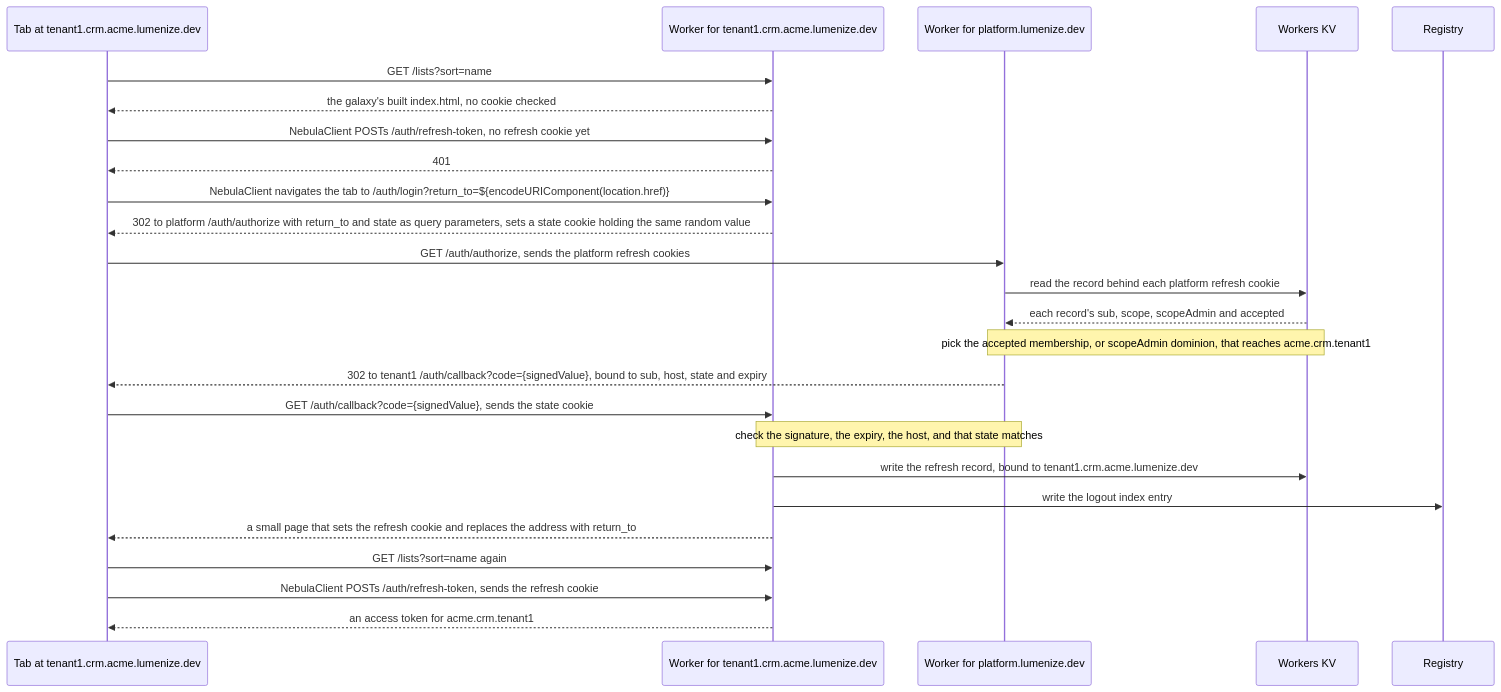
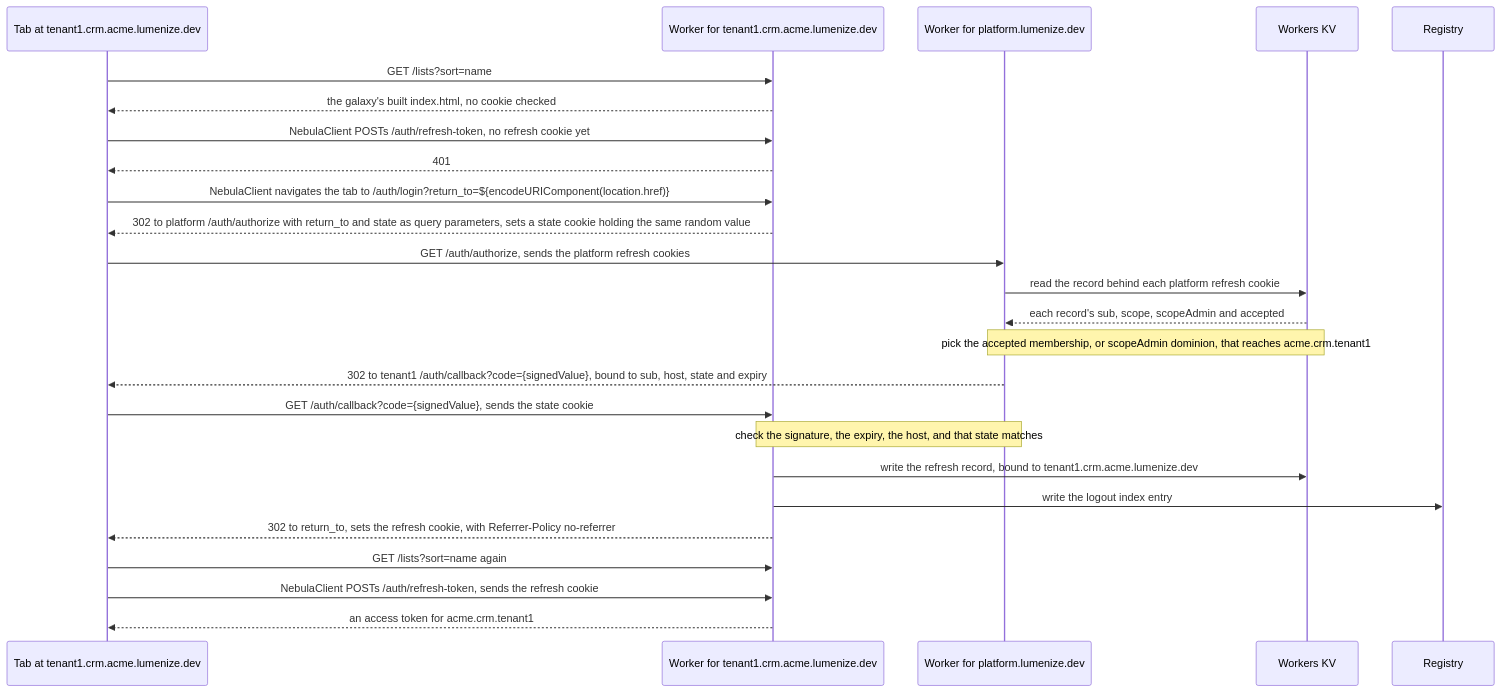
The first of 7 diagrams in tasks/sessions-per-origin.md (lumenize/lumenize), drawn with Mermaid before and after one commit. The commit also changed other lines of this file and 4 other files, not shown here.

````diff
--- a/tasks/sessions-per-origin.md
+++ b/tasks/sessions-per-origin.md
@@ -89,28 +90,28 @@
 ```mermaid
 sequenceDiagram
     participant B as Tab at tenant1.crm.acme.lumenize.dev
     participant T as Worker for tenant1.crm.acme.lumenize.dev
     participant P as Worker for platform.lumenize.dev
     participant K as Workers KV
     participant R as Registry
 
     B->>T: GET /lists?sort=name
     T-->>B: the galaxy's built index.html, no cookie checked
     B->>T: NebulaClient POSTs /auth/refresh-token, no refresh cookie yet
     T-->>B: 401
     B->>T: NebulaClient navigates the tab to /auth/login?return_to=${encodeURIComponent(location.href)}
     T-->>B: 302 to platform /auth/authorize with return_to and state as query parameters, sets a state cookie holding the same random value
     B->>P: GET /auth/authorize, sends the platform refresh cookies
     P->>K: read the record behind each platform refresh cookie
     K-->>P: each record's sub, scope, scopeAdmin and accepted
     Note over P,K: pick the accepted membership, or scopeAdmin dominion, that reaches acme.crm.tenant1
     P-->>B: 302 to tenant1 /auth/callback?code={signedValue}, bound to sub, host, state and expiry
     B->>T: GET /auth/callback?code={signedValue}, sends the state cookie
     Note over T,P: check the signature, the expiry, the host, and that state matches
     T->>K: write the refresh record, bound to tenant1.crm.acme.lumenize.dev
     T->>R: write the logout index entry
-    T-->>B: a small page that sets the refresh cookie and replaces the address with return_to
+    T-->>B: 302 to return_to, sets the refresh cookie, with Referrer-Policy no-referrer
     B->>T: GET /lists?sort=name again
     B->>T: NebulaClient POSTs /auth/refresh-token, sends the refresh cookie
     T-->>B: an access token for acme.crm.tenant1
 ```
````
